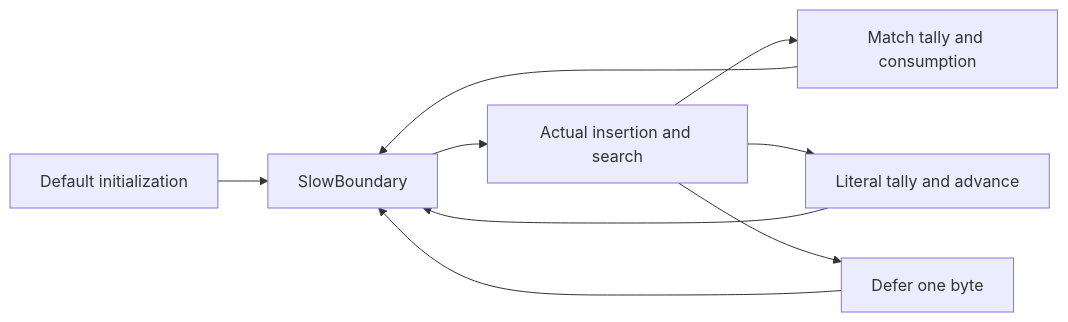
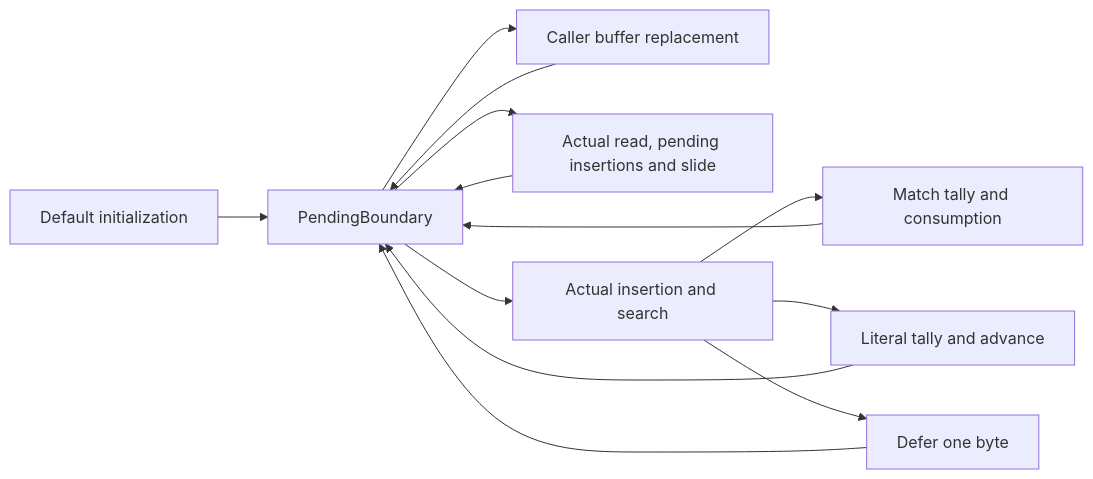
The third of 4 diagrams in docs/proof/deflate.md (cla7aye15I4nd/zlib-f), drawn with Mermaid before and after one commit. The commit also changed other lines of this file and 6 other files, not shown here.

Commit message:
Preserve the initialized pending boundary through every refill branch

````diff
--- a/docs/proof/deflate.md
+++ b/docs/proof/deflate.md
@@ -280,11 +292,15 @@
 ```mermaid
 flowchart LR
-    Init[Default initialization] --> Boundary[SlowBoundary]
+    Init[Default initialization] --> Boundary[PendingBoundary]
+    Boundary --> Rebuffer[Caller buffer replacement]
+    Rebuffer --> Boundary
+    Boundary --> Fill[Actual read, pending insertions and slide]
+    Fill --> Boundary
     Boundary --> Search[Actual insertion and search]
     Search --> Match[Match tally and consumption]
     Search --> Literal[Literal tally and advance]
     Search --> Defer[Defer one byte]
     Match --> Boundary
     Literal --> Boundary
     Defer --> Boundary
 ```
````
